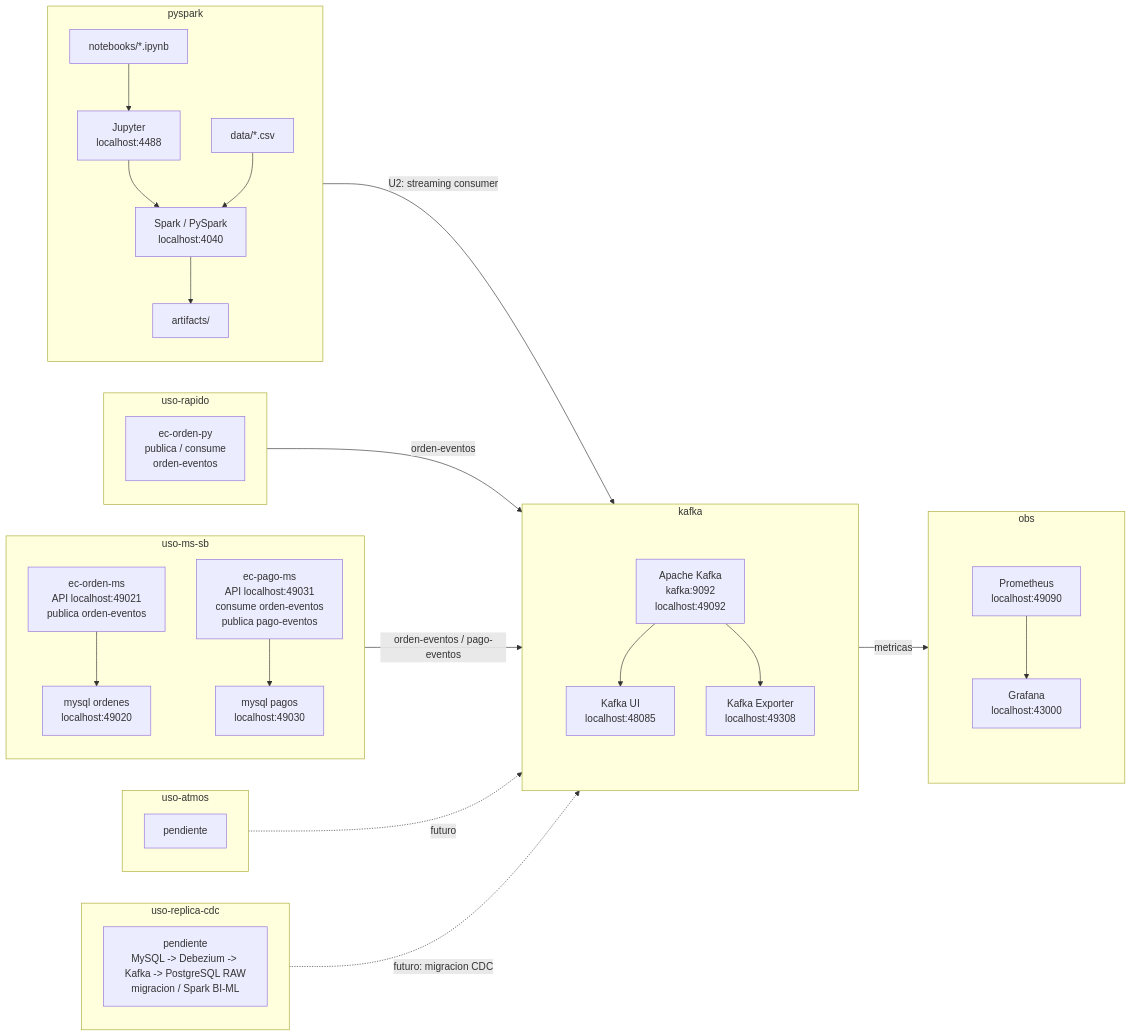
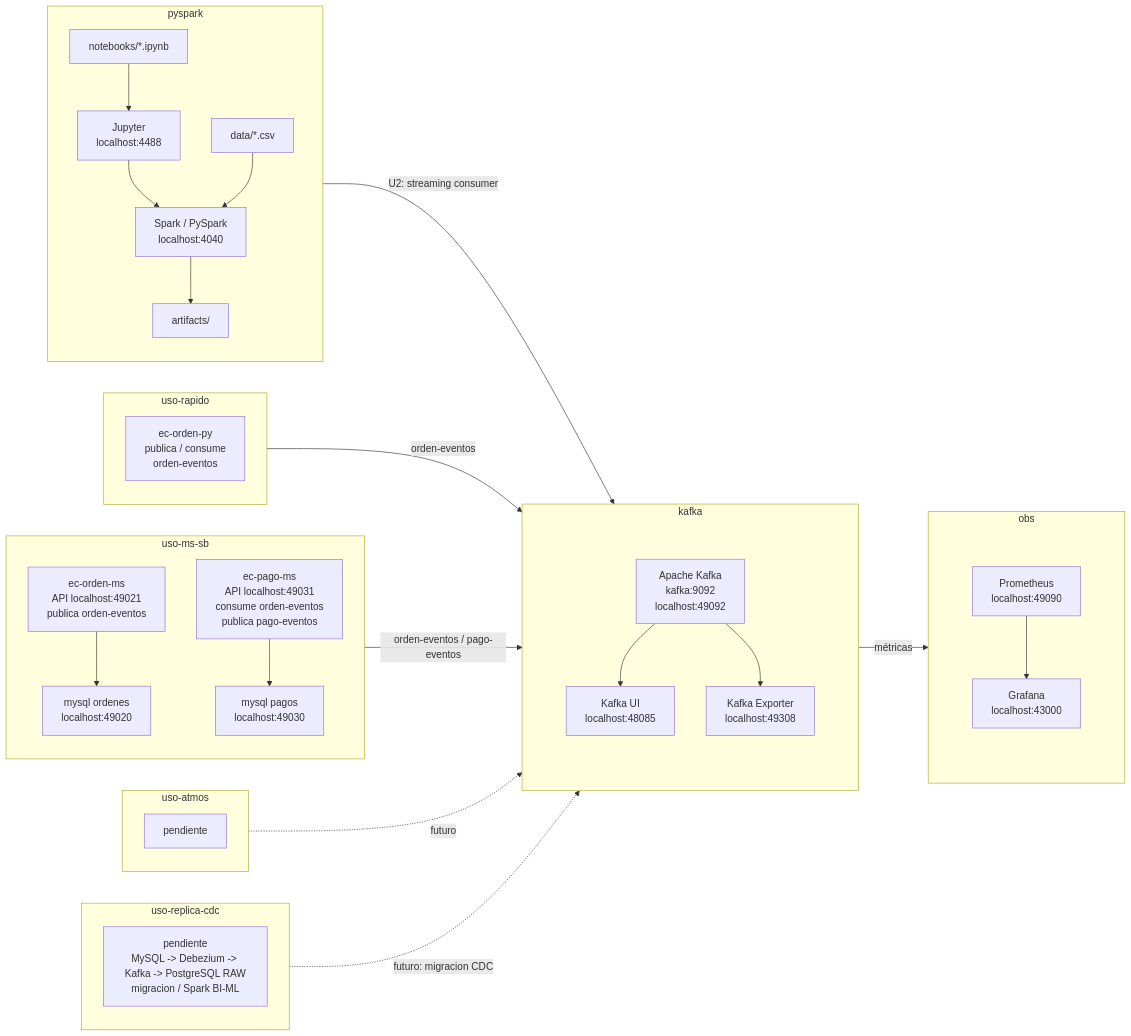
One commit to 261bigdata/lambdalab changed the diagram in pyspark/notebooks/propuesta_silabo_2026_2.md. Above: the diagram before and after it, drawn with Mermaid. The commit also changed other lines of this file and 9 other files, not shown here.

````diff
--- a/pyspark/notebooks/propuesta_silabo_2026_2.md
+++ b/pyspark/notebooks/propuesta_silabo_2026_2.md
@@ -87,67 +87,67 @@
 ```mermaid
 flowchart LR
     subgraph PySparkModule["pyspark"]
         direction TB
         Notebooks["notebooks/*.ipynb"]
         Jupyter["Jupyter<br/>localhost:4488"]
         Spark["Spark / PySpark<br/>localhost:4040"]
         Data["data/*.csv"]
         Artifacts["artifacts/"]
         Notebooks --> Jupyter --> Spark
         Data --> Spark --> Artifacts
     end
 
     subgraph UseFast["uso-rapido"]
         PyQuick["ec-orden-py<br/>publica / consume<br/>orden-eventos"]
     end
 
     subgraph UseMS["uso-ms-sb"]
         direction TB
         OrdenMS["ec-orden-ms<br/>API localhost:49021<br/>publica orden-eventos"]
         OrdenDB["mysql ordenes<br/>localhost:49020"]
         PagoMS["ec-pago-ms<br/>API localhost:49031<br/>consume orden-eventos<br/>publica pago-eventos"]
         PagoDB["mysql pagos<br/>localhost:49030"]
         OrdenMS --> OrdenDB
         PagoMS --> PagoDB
     end
 
     subgraph UseIoT["uso-atmos"]
         IoT["pendiente"]
     end
 
     subgraph UseCDC["uso-replica-cdc"]
         CDC["pendiente<br/>MySQL -> Debezium -> Kafka -> PostgreSQL RAW<br/>migracion / Spark BI-ML"]
     end
 
     subgraph KafkaModule["kafka"]
         direction TB
         subgraph KafkaStack[" "]
             direction TB
             Kafka["Apache Kafka<br/>kafka:9092<br/>localhost:49092"]
             KafkaUI["Kafka UI<br/>localhost:48085"]
             KafkaExporter["Kafka Exporter<br/>localhost:49308"]
             Kafka --> KafkaUI
             Kafka --> KafkaExporter
         end
     end
 
     subgraph ObsModule["obs"]
         direction TB
         subgraph ObsStack[" "]
             direction TB
             Prometheus["Prometheus<br/>localhost:49090"]
             Grafana["Grafana<br/>localhost:43000"]
             Prometheus --> Grafana
         end
     end
 
     PySparkModule -->|"U2: streaming consumer"| Kafka
     UseFast -->|"orden-eventos"| Kafka
     UseMS -->|"orden-eventos / pago-eventos"| Kafka
     UseIoT -. "futuro" .-> Kafka
     UseCDC -. "futuro: migracion CDC" .-> Kafka
-    KafkaExporter -->|"metricas"| Prometheus
+    KafkaExporter -->|"métricas"| Prometheus
 
     style KafkaStack fill:transparent,stroke:transparent,color:transparent
     style ObsStack fill:transparent,stroke:transparent,color:transparent
 ```
````
